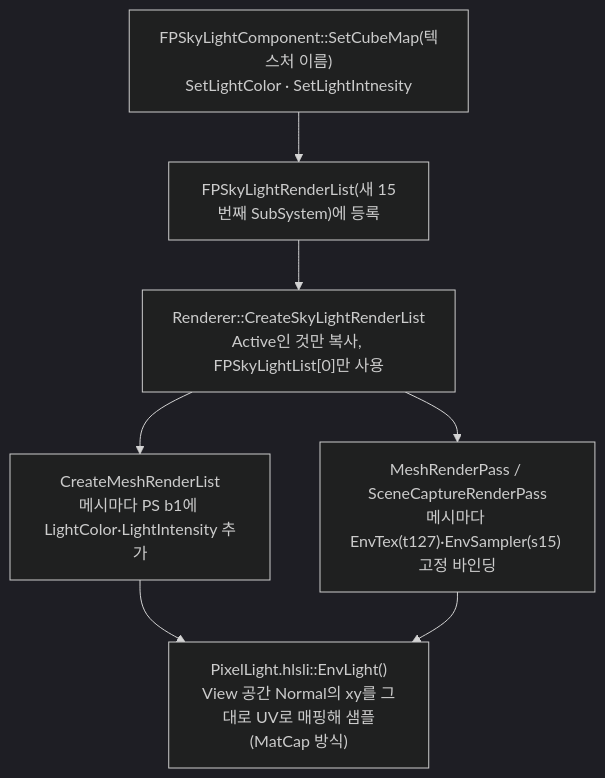
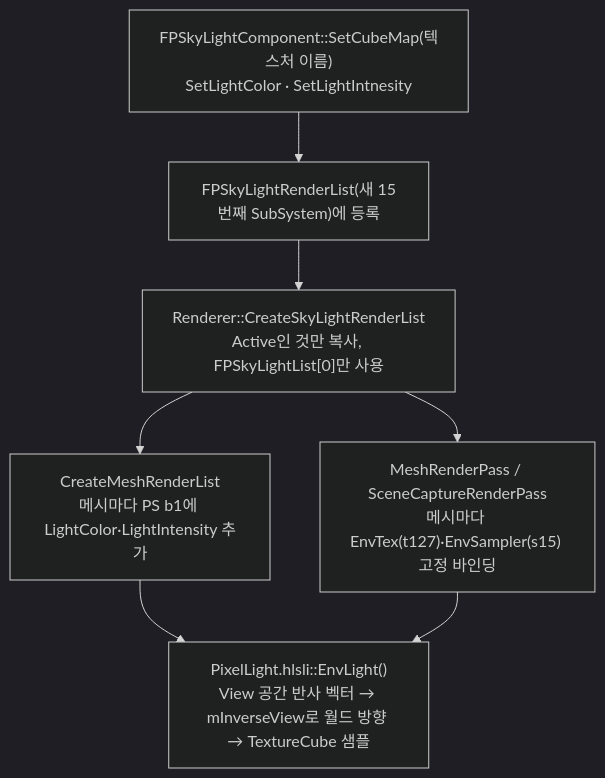
Before and after one commit to Gat-Young/ForestPearlEngine: diagram 11 of 23 in README.md, drawn with Mermaid (dark theme). The commit also changed other lines of this file and 107 other files, not shown here.

````diff
--- a/README.md
+++ b/README.md
@@ -1153,9 +1153,9 @@
 ```mermaid
 flowchart TD
     A["FPSkyLightComponent::SetCubeMap(텍스처 이름)<br/>SetLightColor · SetLightIntnesity"] --> B["FPSkyLightRenderList(새 15번째 SubSystem)에 등록"]
     B --> C["Renderer::CreateSkyLightRenderList<br/>Active인 것만 복사, FPSkyLightList[0]만 사용"]
     C --> D["CreateMeshRenderList<br/>메시마다 PS b1에 LightColor·LightIntensity 추가"]
     C --> E["MeshRenderPass / SceneCaptureRenderPass<br/>메시마다 EnvTex(t127)·EnvSampler(s15) 고정 바인딩"]
-    D --> F["PixelLight.hlsli::EnvLight()<br/>View 공간 Normal의 xy를 그대로 UV로 매핑해 샘플(MatCap 방식)"]
+    D --> F["PixelLight.hlsli::EnvLight()<br/>View 공간 반사 벡터 → mInverseView로 월드 방향 → TextureCube 샘플"]
     E --> F
 ```
````
